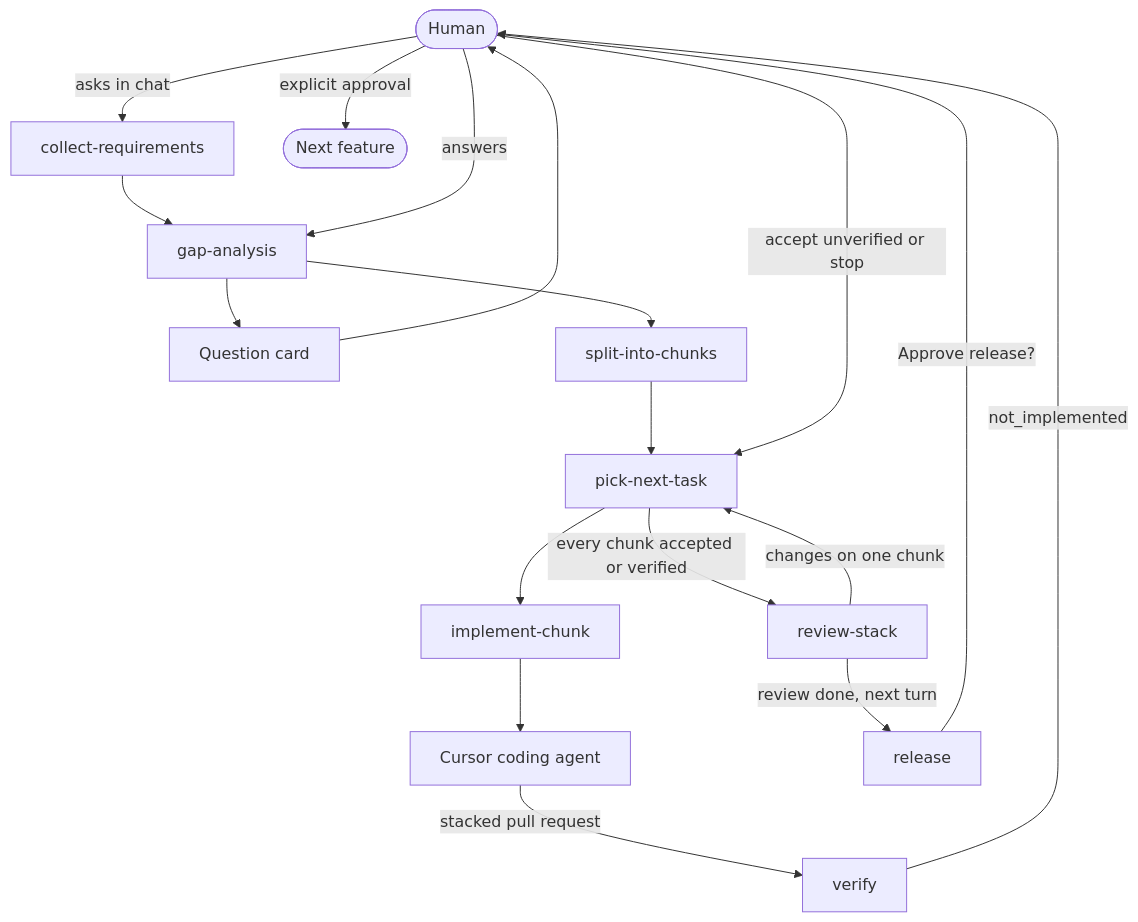
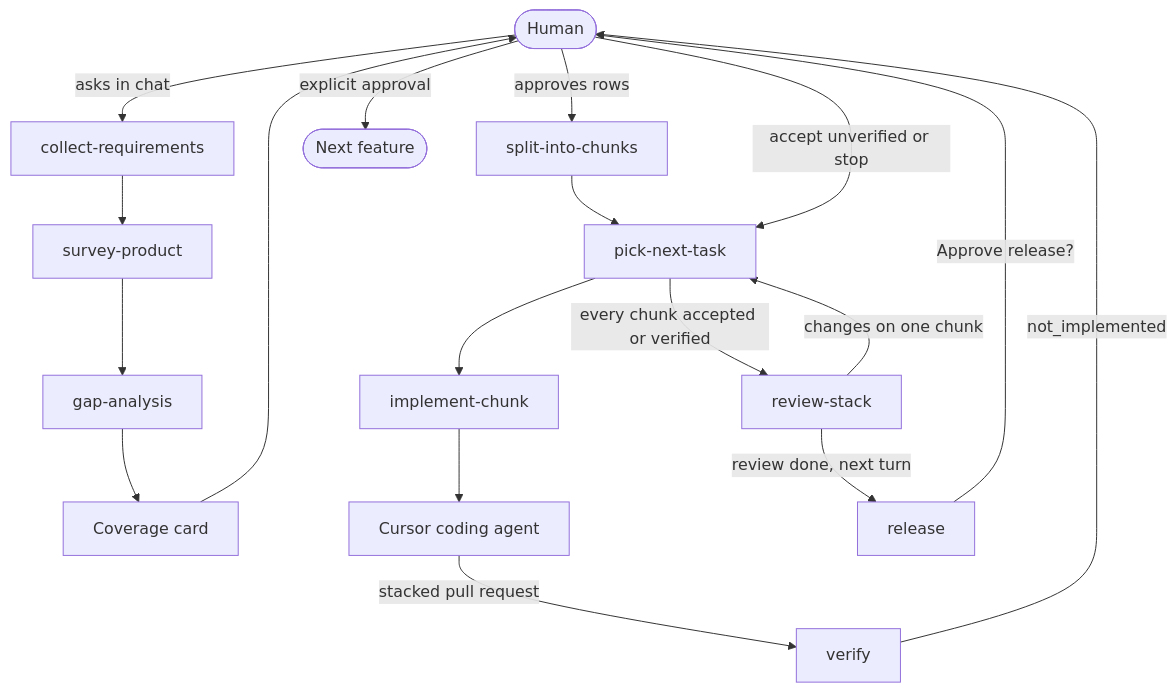
One commit to artem-trachuk/fstack changed the diagram in README.md. Above: the diagram before and after it, drawn with Mermaid. The commit also changed other lines of this file and 16 other files, not shown here.

First line of the commit message:
Survey the product before gap analysis and plan only approved rows.

````diff
--- a/README.md
+++ b/README.md
@@ -42,33 +43,34 @@
 ```mermaid
 flowchart TD
   human([Human])
   collect[collect-requirements]
+  survey[survey-product]
   gap[gap-analysis]
-  questions[Question card]
+  questions[Coverage card]
   split[split-into-chunks]
   pick[pick-next-task]
   implement[implement-chunk]
   coding[Cursor coding agent]
   verify[verify]
   review[review-stack]
   release[release]
   done([Next feature])
 
   human -->|asks in chat| collect
-  collect --> gap
+  collect --> survey
+  survey --> gap
   gap --> questions
   questions --> human
-  human -->|answers| gap
-  gap --> split
+  human -->|approves rows| split
   split --> pick
   pick --> implement
   implement --> coding
   coding -->|stacked pull request| verify
   verify -->|not_implemented| human
   human -->|accept unverified or stop| pick
   pick -->|every chunk accepted or verified| review
   review -->|changes on one chunk| pick
   review -->|review done, next turn| release
   release -->|Approve release?| human
   human -->|explicit approval| done
 ```
````
